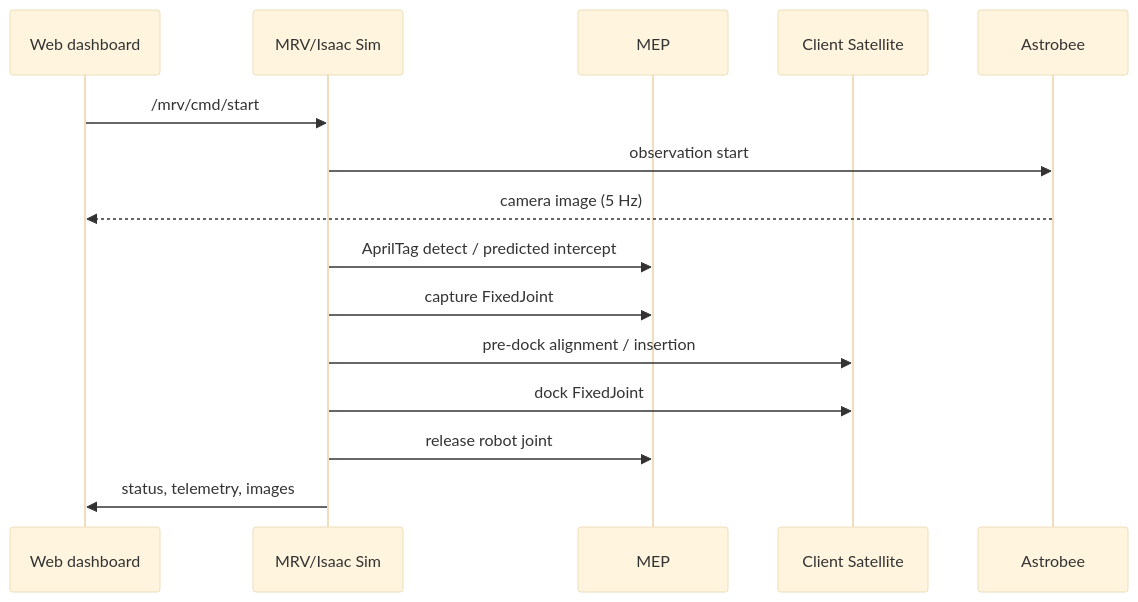
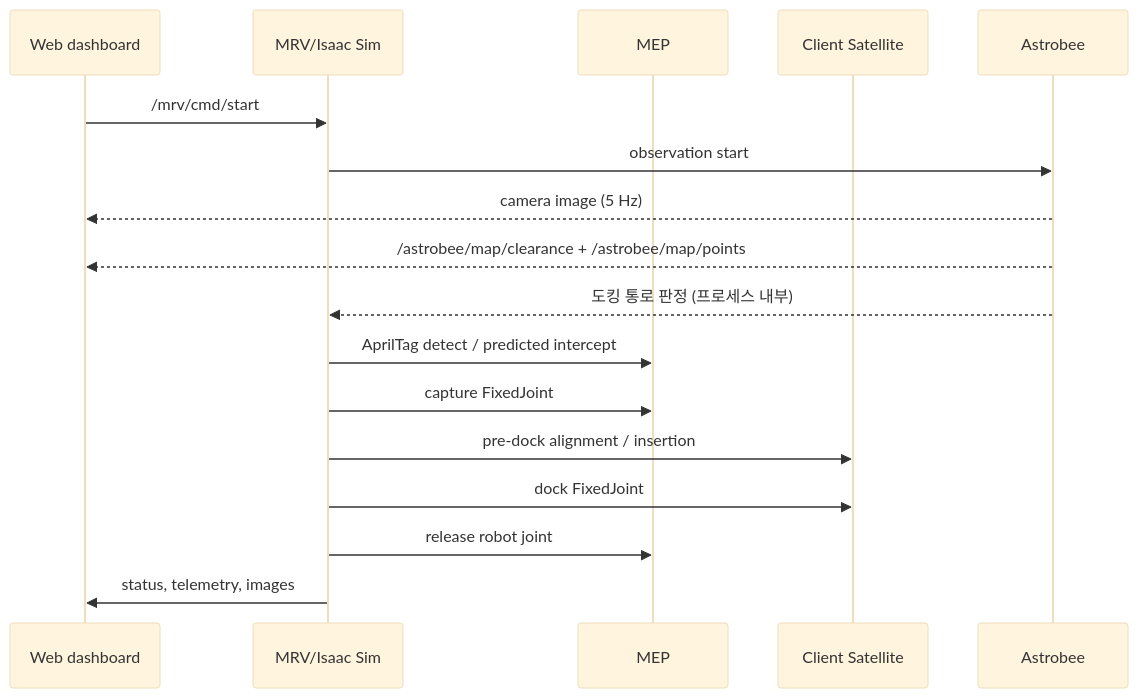
One commit to mi1nn/satellite-mission-extension-system changed the second of 2 diagrams in docs/04_scenario.md. Above: the diagram before and after it, drawn with Mermaid (base theme). The commit also changed other lines of this file and 14 other files, not shown here.

````diff
--- a/docs/04_scenario.md
+++ b/docs/04_scenario.md
@@ -62,17 +63,19 @@
 ```mermaid
 sequenceDiagram
  participant W as Web dashboard
  participant M as MRV/Isaac Sim
  participant P as MEP
  participant S as Client Satellite
  participant A as Astrobee
  W->>M: /mrv/cmd/start
  M->>A: observation start
  A-->>W: camera image (5 Hz)
+ A-->>W: /astrobee/map/clearance + /astrobee/map/points
+ A-->>M: 도킹 통로 판정 (프로세스 내부)
  M->>P: AprilTag detect / predicted intercept
  M->>P: capture FixedJoint
  M->>S: pre-dock alignment / insertion
  M->>S: dock FixedJoint
  M->>P: release robot joint
  M->>W: status, telemetry, images
 ```
````
